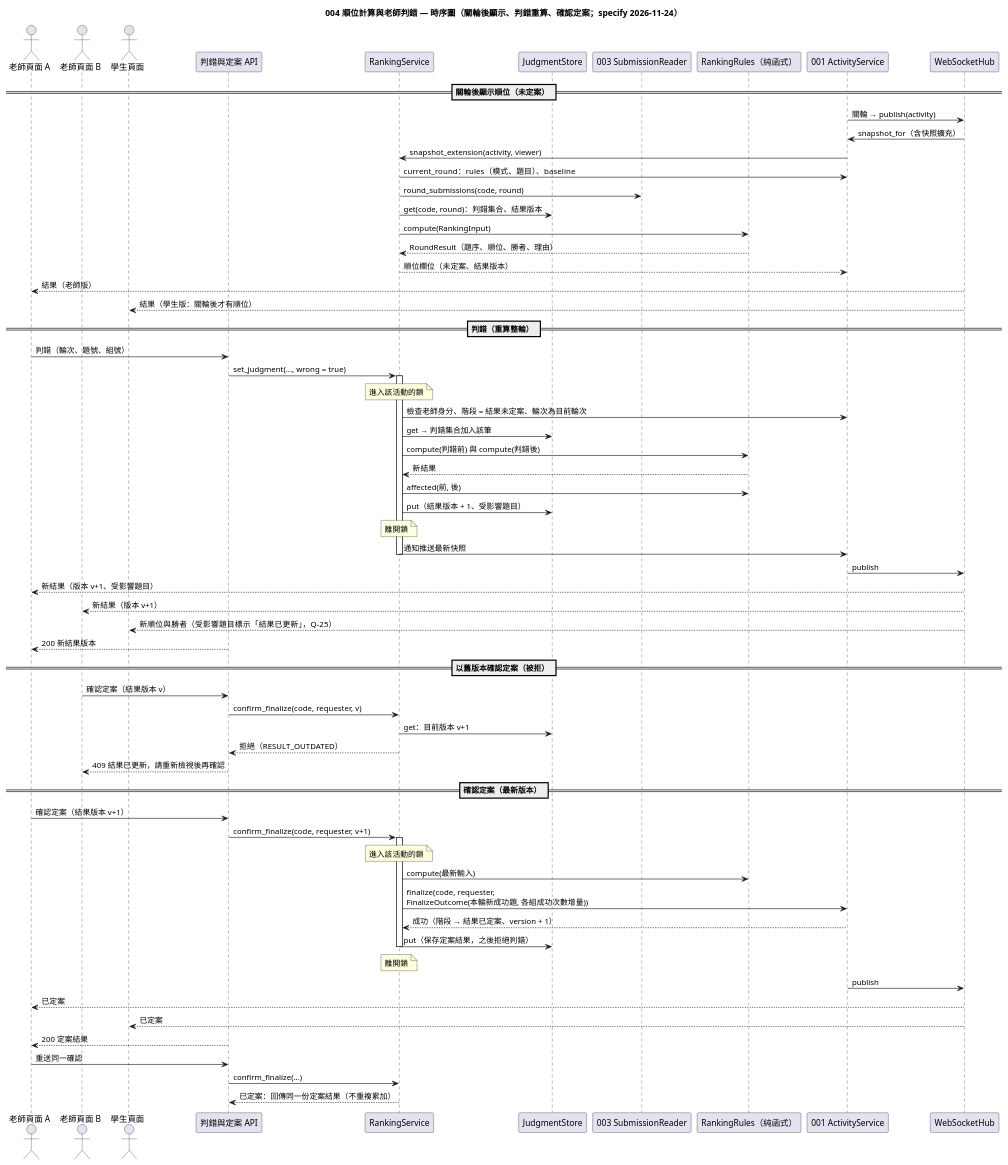
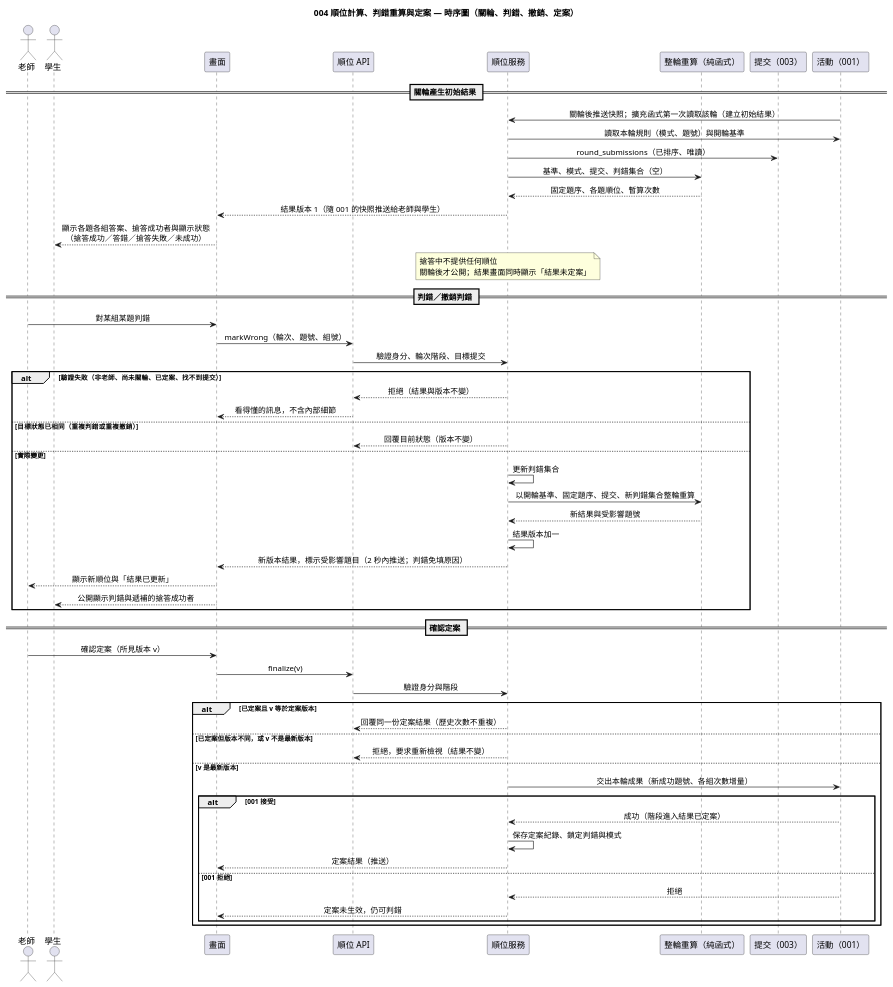
One commit to EricC430/lecture-answer-first_group16_speckit changed the diagram in diagrams/004-ranking-review-sequence.puml. Above: the diagram before and after it, drawn with PlantUML. The commit also changed 15 other files, not shown here.

```diff
--- a/diagrams/004-ranking-review-sequence.puml
+++ b/diagrams/004-ranking-review-sequence.puml
@@ -1,74 +1,63 @@
 @startuml 004-ranking-review-sequence
 skinparam defaultFontName "Microsoft JhengHei"
-title 004 順位計算與老師判錯 — 時序圖（關輪後顯示、判錯重算、確認定案；specify 2026-11-24）
+skinparam sequenceMessageAlign center
+title 004 順位計算、判錯重算與定案 — 時序圖（關輪、判錯、撤銷、定案）
 
-actor "老師頁面 A" as TA
-actor "老師頁面 B" as TB
-actor "學生頁面" as S
-participant "判錯與定案 API" as Api
-participant "RankingService" as Svc
-participant "JudgmentStore" as Store
-participant "003 SubmissionReader" as Subs
-participant "RankingRules（純函式）" as Rules
-participant "001 ActivityService" as Act
-participant "WebSocketHub" as Hub
+actor "老師" as T
+actor "學生" as S
+participant "畫面" as UI
+participant "順位 API" as API
+participant "順位服務" as R
+participant "整輪重算（純函式）" as C
+participant "提交（003）" as SUB
+participant "活動（001）" as A
 
-== 關輪後顯示順位（未定案） ==
-Act -> Hub : 關輪 → publish(activity)
-Hub -> Act : snapshot_for（含快照擴充）
-Act -> Svc : snapshot_extension(activity, viewer)
-Svc -> Act : current_round：rules（模式、題目）、baseline
-Svc -> Subs : round_submissions(code, round)
-Svc -> Store : get(code, round)：判錯集合、結果版本
-Svc -> Rules : compute(RankingInput)
-Rules --> Svc : RoundResult（題序、順位、勝者、理由）
-Svc --> Act : 順位欄位（未定案、結果版本）
-Hub --> TA : 結果（老師版）
-Hub --> S : 結果（學生版：關輪後才有順位）
+== 關輪產生初始結果 ==
+A -> R : 關輪後推送快照；擴充函式第一次讀取該輪（建立初始結果）
+R -> A : 讀取本輪規則（模式、題號）與開輪基準
+R -> SUB : round_submissions（已排序、唯讀）
+R -> C : 基準、模式、提交、判錯集合（空）
+C --> R : 固定題序、各題順位、暫算次數
+R --> UI : 結果版本 1（隨 001 的快照推送給老師與學生）
+UI --> S : 顯示各題各組答案、搶答成功者與顯示狀態\n（搶答成功／答錯／搶答失敗／未成功）
+note over R : 搶答中不提供任何順位\n關輪後才公開；結果畫面同時顯示「結果未定案」
 
-== 判錯（重算整輪） ==
-TA -> Api : 判錯（輪次、題號、組號）
-Api -> Svc : set_judgment(..., wrong = true)
-activate Svc
-note over Svc : 進入該活動的鎖
-Svc -> Act : 檢查老師身分、階段 = 結果未定案、輪次為目前輪次
-Svc -> Store : get → 判錯集合加入該筆
-Svc -> Rules : compute(判錯前) 與 compute(判錯後)
-Rules --> Svc : 新結果
-Svc -> Rules : affected(前, 後)
-Svc -> Store : put（結果版本 + 1、受影響題目）
-note over Svc : 離開鎖
-Svc -> Act : 通知推送最新快照
-deactivate Svc
-Act -> Hub : publish
-Hub --> TA : 新結果（版本 v+1、受影響題目）
-Hub --> TB : 新結果（版本 v+1）
-Hub --> S : 新順位與勝者（受影響題目標示「結果已更新」，Q-25）
-Api --> TA : 200 新結果版本
+== 判錯／撤銷判錯 ==
+T -> UI : 對某組某題判錯
+UI -> API : markWrong（輪次、題號、組號）
+API -> R : 驗證身分、輪次階段、目標提交
+alt 驗證失敗（非老師、尚未關輪、已定案、找不到提交）
+  R --> API : 拒絕（結果與版本不變）
+  API --> UI : 看得懂的訊息，不含內部細節
+else 目標狀態已相同（重複判錯或重複撤銷）
+  R --> API : 回覆目前狀態（版本不變）
+else 實際變更
+  R -> R : 更新判錯集合
+  R -> C : 以開輪基準、固定題序、提交、新判錯集合整輪重算
+  C --> R : 新結果與受影響題號
+  R -> R : 結果版本加一
+  R --> UI : 新版本結果，標示受影響題目（2 秒內推送；判錯免填原因）
+  UI --> T : 顯示新順位與「結果已更新」
+  UI --> S : 公開顯示判錯與遞補的搶答成功者
+end
 
-== 以舊版本確認定案（被拒） ==
-TB -> Api : 確認定案（結果版本 v）
-Api -> Svc : confirm_finalize(code, requester, v)
-Svc -> Store : get：目前版本 v+1
-Svc --> Api : 拒絕（RESULT_OUTDATED）
-Api --> TB : 409 結果已更新，請重新檢視後再確認
-
-== 確認定案（最新版本） ==
-TA -> Api : 確認定案（結果版本 v+1）
-Api -> Svc : confirm_finalize(code, requester, v+1)
-activate Svc
-note over Svc : 進入該活動的鎖
-Svc -> Rules : compute(最新輸入)
-Svc -> Act : finalize(code, requester,\nFinalizeOutcome(本輪新成功題, 各組成功次數增量))
-Act --> Svc : 成功（階段 → 結果已定案、version + 1）
-Svc -> Store : put（保存定案結果，之後拒絕判錯）
-note over Svc : 離開鎖
-deactivate Svc
-Act -> Hub : publish
-Hub --> TA : 已定案
-Hub --> S : 已定案
-Api --> TA : 200 定案結果
-TA -> Api : 重送同一確認
-Api -> Svc : confirm_finalize(...)
-Svc --> Api : 已定案：回傳同一份定案結果（不重複累加）
+== 確認定案 ==
+T -> UI : 確認定案（所見版本 v）
+UI -> API : finalize(v)
+API -> R : 驗證身分與階段
+alt 已定案且 v 等於定案版本
+  R --> API : 回覆同一份定案結果（歷史次數不重複）
+else 已定案但版本不同，或 v 不是最新版本
+  R --> API : 拒絕，要求重新檢視（結果不變）
+else v 是最新版本
+  R -> A : 交出本輪成果（新成功題號、各組次數增量）
+  alt 001 接受
+    A --> R : 成功（階段進入結果已定案）
+    R -> R : 保存定案紀錄、鎖定判錯與模式
+    R --> UI : 定案結果（推送）
+  else 001 拒絕
+    A --> R : 拒絕
+    R --> UI : 定案未生效，仍可判錯
+  end
+end
 @enduml
```
